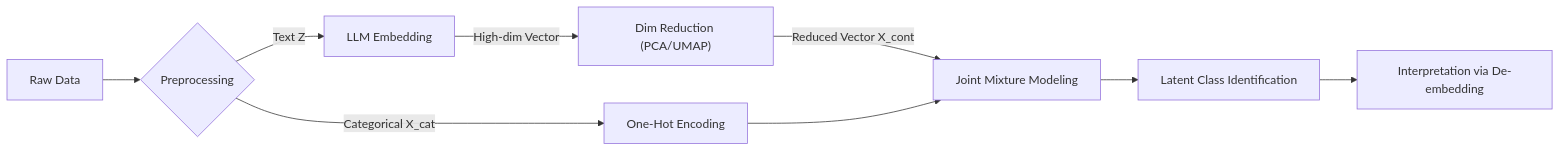
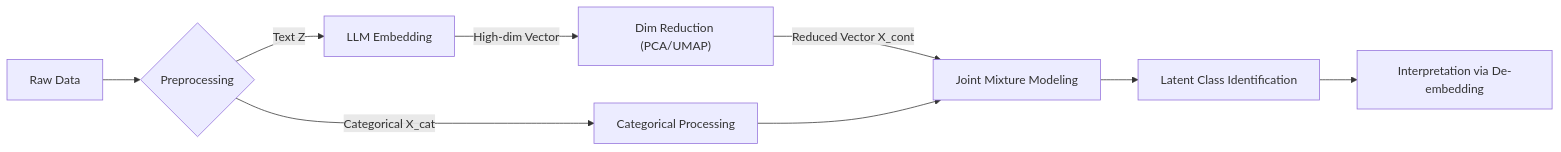
Before and after one commit to Hyunsoolol/interpretable-mixed-type-mixture-embeddings: the diagram in README.md, drawn with Mermaid. The commit also changed other lines of this file, not shown here.

````diff
--- a/README.md
+++ b/README.md
@@ -34,11 +34,11 @@
 ```mermaid
 graph LR
     A[Raw Data] --> B{Preprocessing};
-    B -->|Categorical X_cat| C[One-Hot Encoding];
-    B -->|Text Z| D[LLM Embedding];
-    D -->|High-dim Vector| E["Dim Reduction (PCA/UMAP)"];
+    B -->|"Categorical X_cat"| C[Categorical Processing];
+    B -->|"Text Z"| D[LLM Embedding];
+    D -->|"High-dim Vector"| E["Dim Reduction (PCA/UMAP)"];
     E -->|"Reduced Vector X_cont"| F[Joint Mixture Modeling];
     C --> F;
     F --> G[Latent Class Identification];
-    G --> H[Interpretation via De-embedding];
+    G --> H["Interpretation via De-embedding"];
 ```
````
